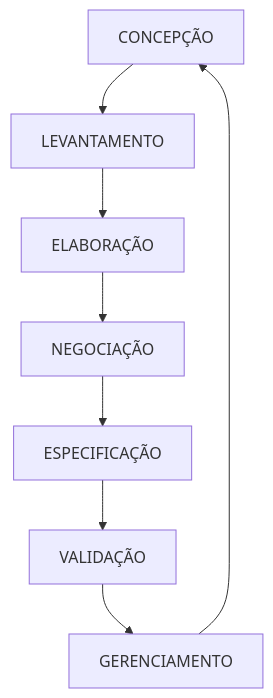
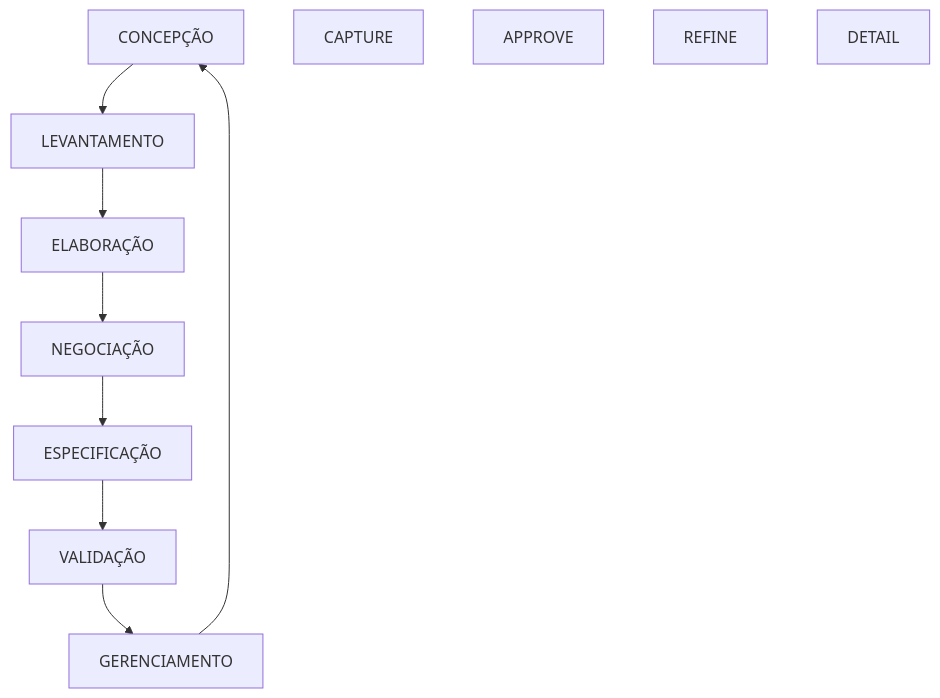
Before and after one commit to ericmds/3-Semestre: the diagram in Engenharia e Requisitos de Software/Aula 02.04.25.md, drawn with Mermaid.

Commit message:
Update Aula 02.04.25.md

````diff
--- a/Engenharia e Requisitos de Software/Aula 02.04.25.md
+++ b/Engenharia e Requisitos de Software/Aula 02.04.25.md
@@ -2,10 +2,15 @@
   ```mermaid
   graph TD;
     CONCEPÇÃO-->LEVANTAMENTO
     LEVANTAMENTO-->ELABORAÇÃO
     ELABORAÇÃO-->NEGOCIAÇÃO
     NEGOCIAÇÃO-->ESPECIFICAÇÃO
     ESPECIFICAÇÃO-->VALIDAÇÃO
     VALIDAÇÃO-->GERENCIAMENTO
     GERENCIAMENTO-->CONCEPÇÃO
+
+    CAPTURE
+    APPROVE
+    REFINE
+    DETAIL
   ```
````
